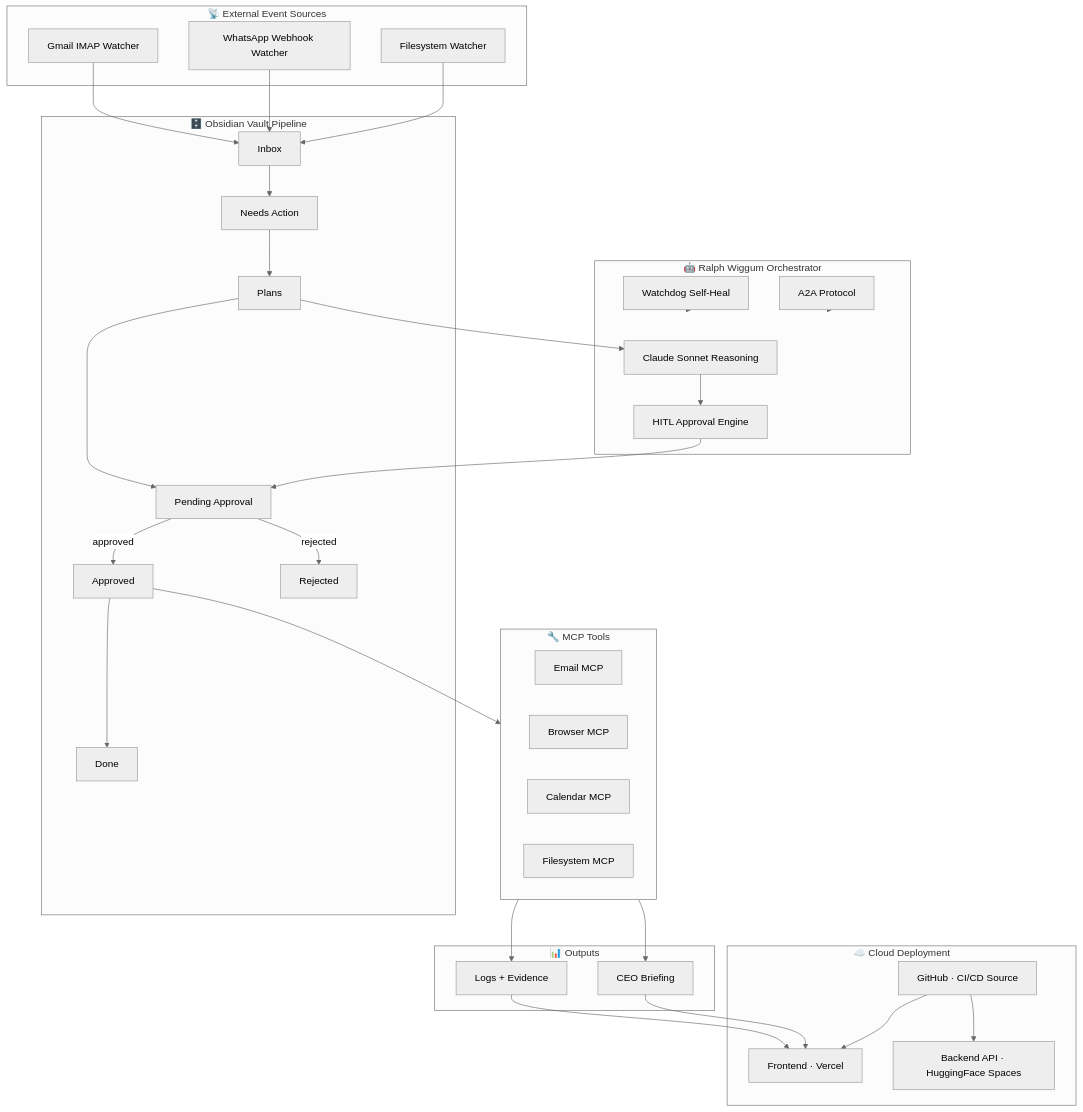
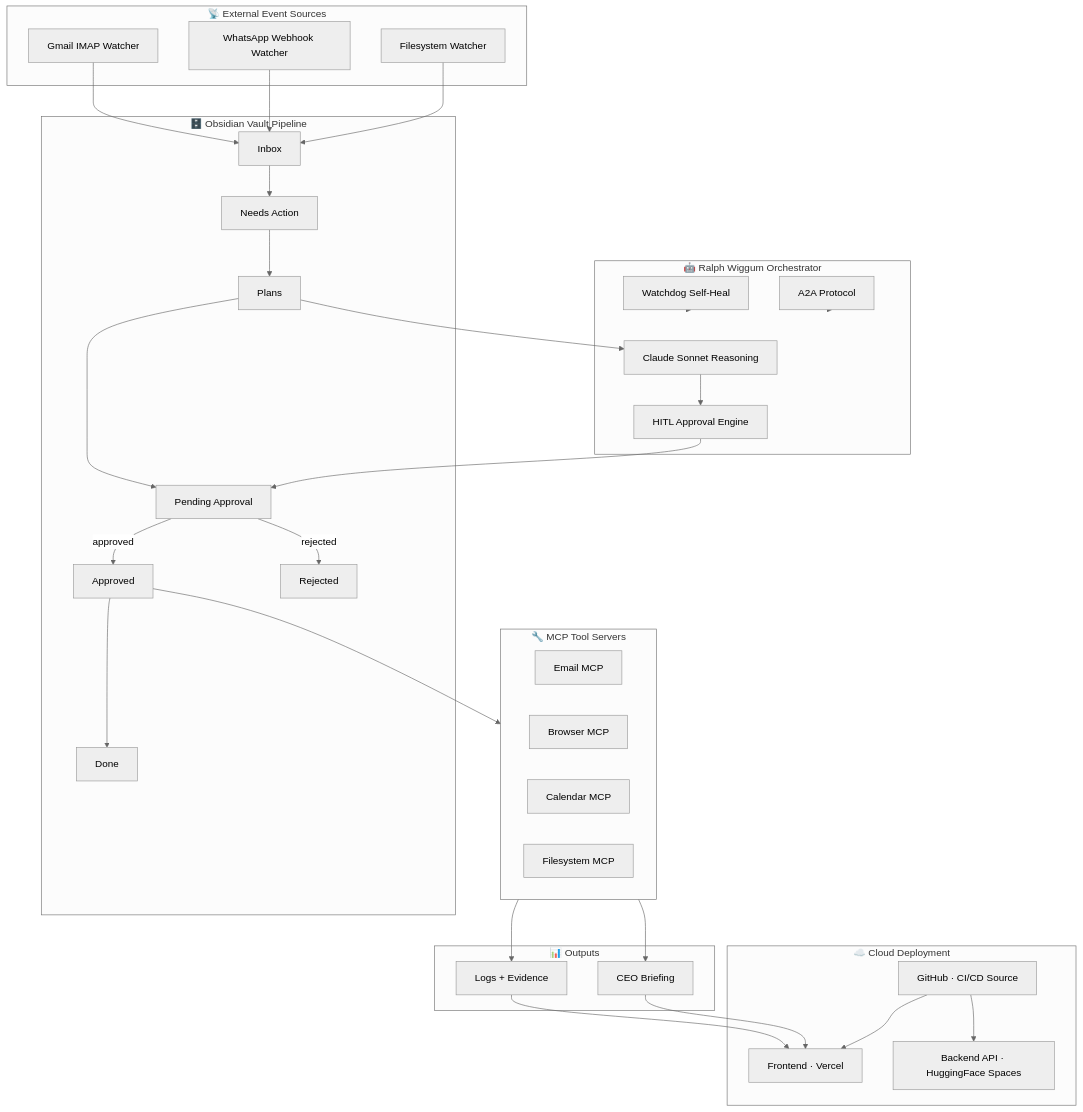
One commit to Fatima-Ismat/AI_Employee_Vault_IsmatFatima_Platinum_Hackathon0 changed the diagram in README.md. Above: the diagram before and after it, drawn with Mermaid (neutral theme). The commit also changed other lines of this file and 2 other files, not shown here.

First line of the commit message:
Polish README structure, add SVG diagrams, fix broken images

````diff
--- a/README.md
+++ b/README.md
@@ -91,61 +114,61 @@
 ```mermaid
 flowchart TD
     subgraph SOURCES["📡 External Event Sources"]
         G[Gmail IMAP Watcher]
         W[WhatsApp Webhook Watcher]
         F[Filesystem Watcher]
     end
 
     subgraph VAULT["🗄️ Obsidian Vault Pipeline"]
         IN[Inbox]
         NA[Needs Action]
         PL[Plans]
         PA[Pending Approval]
         AP[Approved]
         RJ[Rejected]
         DN[Done]
     end
 
     subgraph ORCH["🤖 Ralph Wiggum Orchestrator"]
         CL[Claude Sonnet Reasoning]
         HITL[HITL Approval Engine]
         WD[Watchdog Self-Heal]
         A2A[A2A Protocol]
     end
 
-    subgraph MCP["🔧 MCP Tools"]
+    subgraph MCP["🔧 MCP Tool Servers"]
         EM[Email MCP]
         BR[Browser MCP]
         CA[Calendar MCP]
         FS[Filesystem MCP]
     end
 
     subgraph OUT["📊 Outputs"]
         LG[Logs + Evidence]
         CB[CEO Briefing]
     end
 
     subgraph DEPLOY["☁️ Cloud Deployment"]
         VR[Frontend · Vercel]
         HF[Backend API · HuggingFace Spaces]
         GH[GitHub · CI/CD Source]
     end
 
     G --> IN
     W --> IN
     F --> IN
     IN --> NA --> PL --> PA
     PA -->|approved| AP --> DN
     PA -->|rejected| RJ
     PL --> CL
     CL --> HITL --> PA
     WD --> ORCH
     A2A --> ORCH
     AP --> MCP
     MCP --> LG
     MCP --> CB
     LG --> VR
     CB --> VR
     GH --> VR
     GH --> HF
 ```
````
